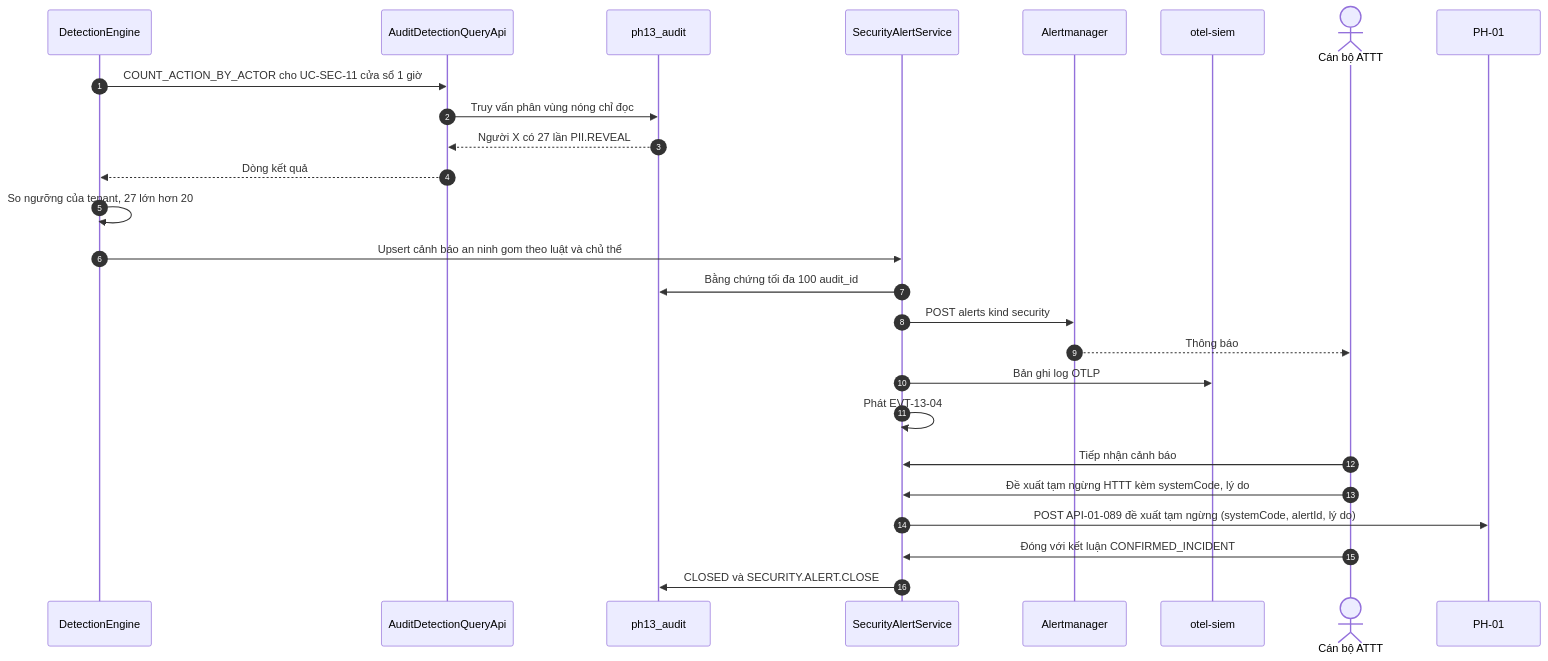
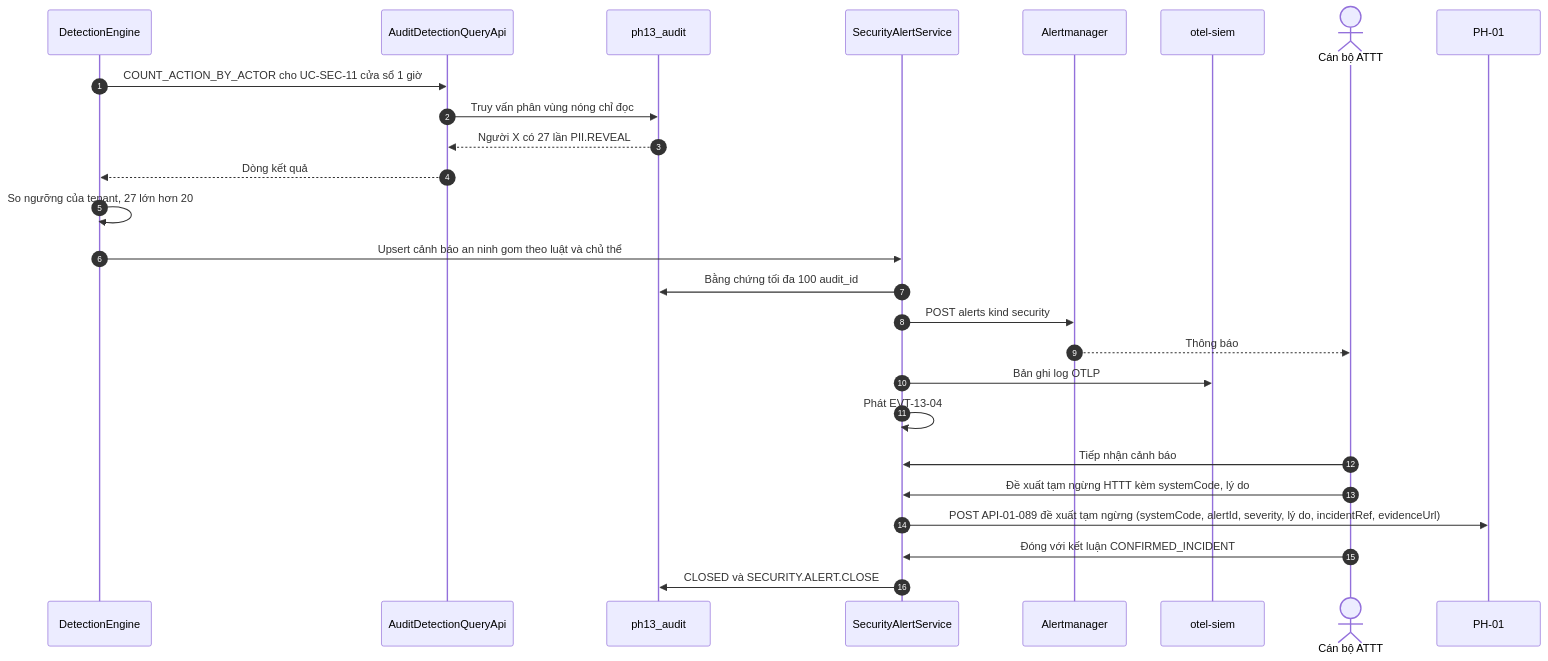
Before and after one commit to caprocute/DATAHUB: diagram 13 of 14 in datahub-docs/03-thiet-ke/sdd/D03-02-PH13-sdd-giam-sat-kiem-toan.md, drawn with Mermaid. The commit also changed other lines of this file and 105 other files, not shown here.

````diff
--- a/datahub-docs/03-thiet-ke/sdd/D03-02-PH13-sdd-giam-sat-kiem-toan.md
+++ b/datahub-docs/03-thiet-ke/sdd/D03-02-PH13-sdd-giam-sat-kiem-toan.md
@@ -1810,28 +1810,28 @@
 ```{.mermaid caption="Phát hiện bất thường từ bản ghi kiểm toán và đề xuất tạm ngừng HTTT (FR-13-052, 053)"}
 sequenceDiagram
   autonumber
   participant EN as DetectionEngine
   participant AQ as AuditDetectionQueryApi
   participant PG as ph13_audit
   participant SA as SecurityAlertService
   participant AM as Alertmanager
   participant SI as otel-siem
   actor SO as Cán bộ ATTT
   participant P01 as PH-01
   EN->>AQ: COUNT_ACTION_BY_ACTOR cho UC-SEC-11 cửa sổ 1 giờ
   AQ->>PG: Truy vấn phân vùng nóng chỉ đọc
   PG-->>AQ: Người X có 27 lần PII.REVEAL
   AQ-->>EN: Dòng kết quả
   EN->>EN: So ngưỡng của tenant, 27 lớn hơn 20
   EN->>SA: Upsert cảnh báo an ninh gom theo luật và chủ thể
   SA->>PG: Bằng chứng tối đa 100 audit_id
   SA->>AM: POST alerts kind security
   AM-->>SO: Thông báo
   SA->>SI: Bản ghi log OTLP
   SA->>SA: Phát EVT-13-04
   SO->>SA: Tiếp nhận cảnh báo
   SO->>SA: Đề xuất tạm ngừng HTTT kèm systemCode, lý do
-  SA->>P01: POST API-01-089 đề xuất tạm ngừng (systemCode, alertId, lý do)
+  SA->>P01: POST API-01-089 đề xuất tạm ngừng (systemCode, alertId, severity, lý do, incidentRef, evidenceUrl)
   SO->>SA: Đóng với kết luận CONFIRMED_INCIDENT
   SA->>PG: CLOSED và SECURITY.ALERT.CLOSE
 ```
````
